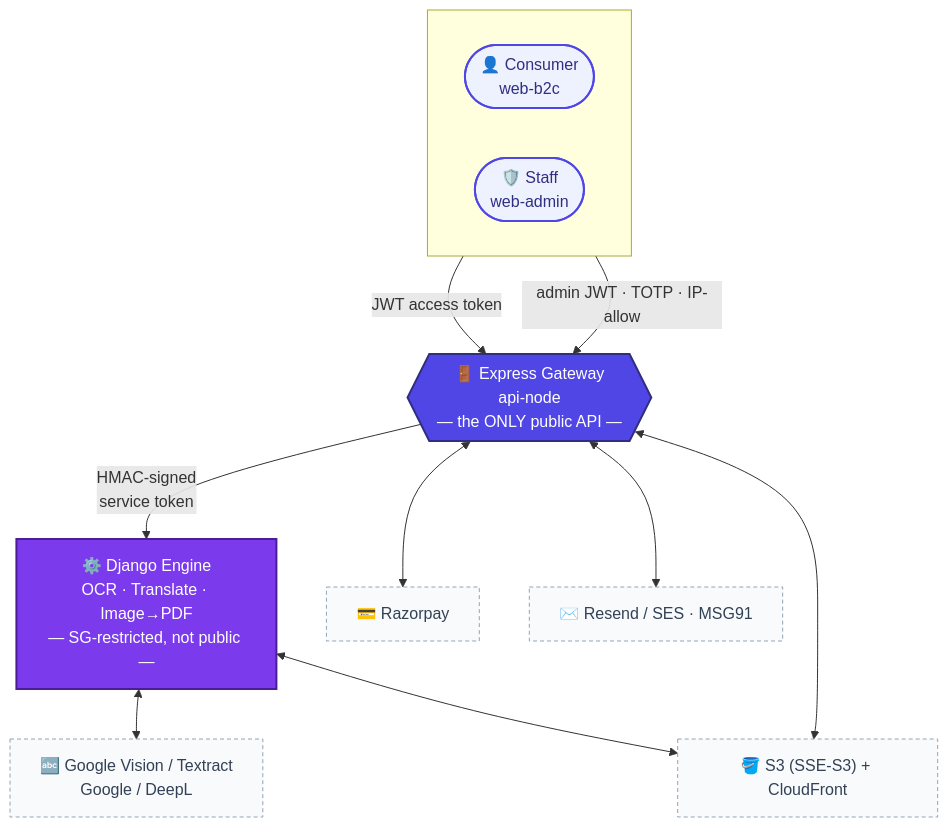
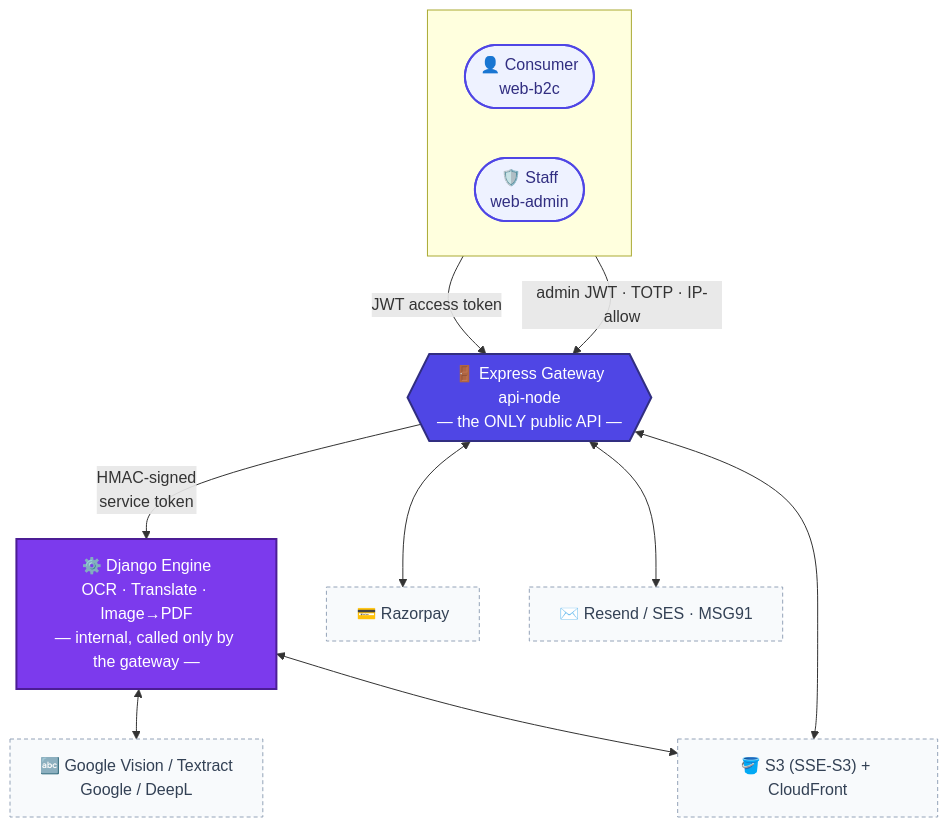
Before and after one commit to Mrutunjay50/DOCS: the first of 6 diagrams in architecture_diagrams.md, drawn with Mermaid. The commit also changed other lines of this file, not shown here.

````diff
--- a/architecture_diagrams.md
+++ b/architecture_diagrams.md
@@ -15,34 +15,34 @@
 ```mermaid
 flowchart TB
     subgraph users[" "]
         direction LR
         U1(["👤 Consumer<br/>web-b2c"])
         U2(["🛡️ Staff<br/>web-admin"])
     end
 
     GW{{"🚪 Express Gateway<br/>api-node<br/>— the ONLY public API —"}}
-    DJ["⚙️ Django Engine<br/>OCR · Translate · Image→PDF<br/>— SG-restricted, not public —"]
+    DJ["⚙️ Django Engine<br/>OCR · Translate · Image→PDF<br/>— internal, called only by the gateway —"]
 
     EXT1["💳 Razorpay"]
     EXT2["🔤 Google Vision / Textract<br/>Google / DeepL"]
     EXT3["✉️ Resend / SES · MSG91"]
     EXT5["🪣 S3 (SSE-S3) + CloudFront"]
 
     U1 -- "JWT access token" --> GW
     U2 -- "admin JWT · TOTP · IP-allow" --> GW
     GW -- "HMAC-signed<br/>service token" --> DJ
     GW <--> EXT1
     GW <--> EXT3
     DJ <--> EXT2
     GW <--> EXT5
     DJ <--> EXT5
 
     classDef client fill:#EEF2FF,stroke:#4F46E5,stroke-width:2px,color:#312E81;
     classDef gateway fill:#4F46E5,stroke:#312E81,stroke-width:2px,color:#fff;
     classDef engine fill:#7C3AED,stroke:#4C1D95,stroke-width:2px,color:#fff;
     classDef ext fill:#F8FAFC,stroke:#94A3B8,stroke-dasharray:4 3,color:#334155;
     class U1,U2 client;
     class GW gateway;
     class DJ engine;
     class EXT1,EXT2,EXT3,EXT5 ext;
 ```
````
